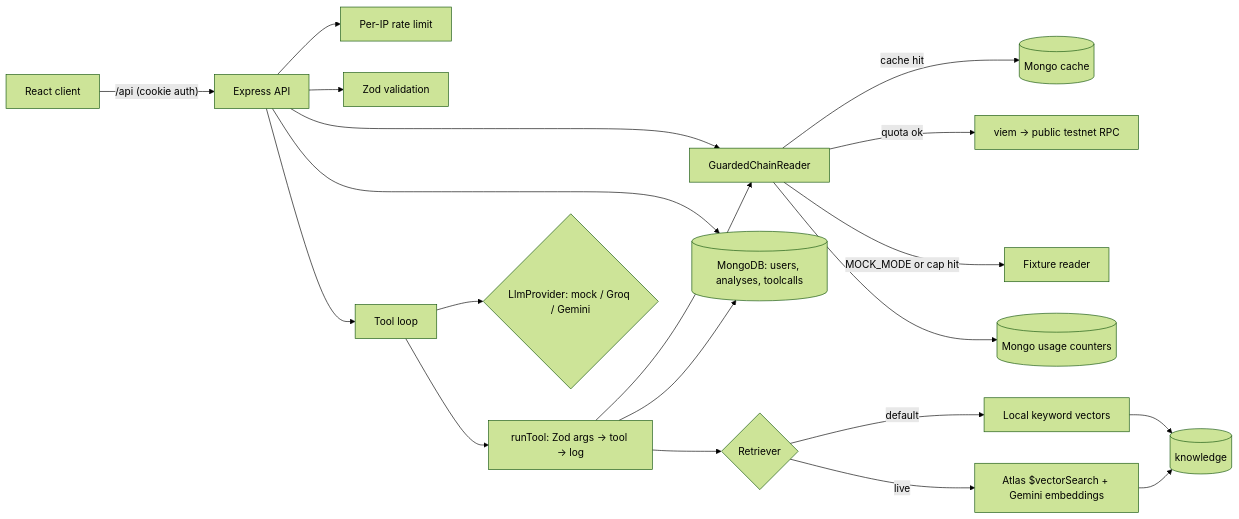
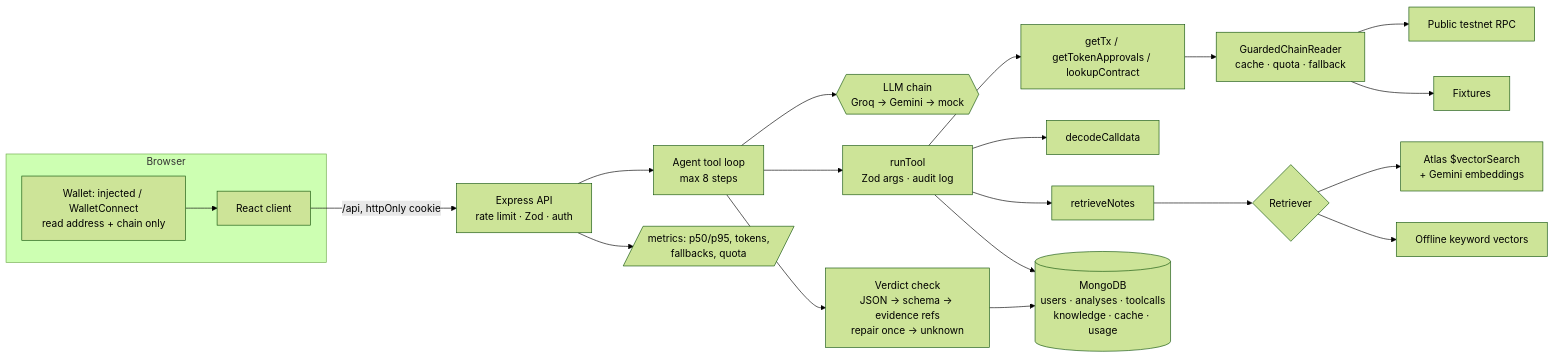
One commit to asghar002345/walletlens changed the diagram in README.md. Above: the diagram before and after it, drawn with Mermaid (forest theme). The commit also changed other lines of this file and 14 other files, not shown here.

Commit message:
README for recruiters: pitch, screenshot gallery, architecture, how it works, security model, cost, key checklist; interview talking points

````diff
--- a/README.md
+++ b/README.md
@@ -31,22 +49,25 @@
 ```mermaid
 flowchart LR
-  UI[React client] -- "/api (cookie auth)" --> API[Express API]
-  API --> RL[Per-IP rate limit]
-  API --> V[Zod validation]
-  API --> CR[GuardedChainReader]
-  CR -- "cache hit" --> Cache[(Mongo cache)]
-  CR -- "quota ok" --> RPC[viem → public testnet RPC]
-  CR -- "MOCK_MODE or cap hit" --> FX[Fixture reader]
-  CR --> Q[(Mongo usage counters)]
-  API --> DB[(MongoDB: users, analyses, toolcalls)]
-  API --> AG[Tool loop]
-  AG --> LLM{LlmProvider: mock / Groq / Gemini}
-  AG --> TR[runTool: Zod args → tool → log]
-  TR --> CR
-  TR --> DB
-  TR --> RT{Retriever}
-  RT -- default --> LR[Local keyword vectors]
-  RT -- live --> AV[Atlas $vectorSearch + Gemini embeddings]
-  LR --> KN[(knowledge)]
-  AV --> KN
+  subgraph Browser
+    UI[React client]
+    W[Wallet: injected / WalletConnect<br/>read address + chain only]
+  end
+  W --> UI
+  UI -- "/api, httpOnly cookie" --> API[Express API<br/>rate limit · Zod · auth]
+  API --> AG[Agent tool loop<br/>max 8 steps]
+  AG --> LLM{{"LLM chain<br/>Groq → Gemini → mock"}}
+  AG --> RUN[runTool<br/>Zod args · audit log]
+  RUN --> T1[getTx / getTokenApprovals / lookupContract]
+  RUN --> T2[decodeCalldata]
+  RUN --> T3[retrieveNotes]
+  T1 --> CR[GuardedChainReader<br/>cache · quota · fallback]
+  CR --> RPC[Public testnet RPC]
+  CR --> FX[Fixtures]
+  T3 --> RT{Retriever}
+  RT --> AV[Atlas $vectorSearch<br/>+ Gemini embeddings]
+  RT --> LR[Offline keyword vectors]
+  AG --> VD[Verdict check<br/>JSON → schema → evidence refs<br/>repair once → unknown]
+  VD --> DB[(MongoDB<br/>users · analyses · toolcalls<br/>knowledge · cache · usage)]
+  RUN --> DB
+  API --> MX[/metrics: p50/p95, tokens,<br/>fallbacks, quota/]
 ```
````
